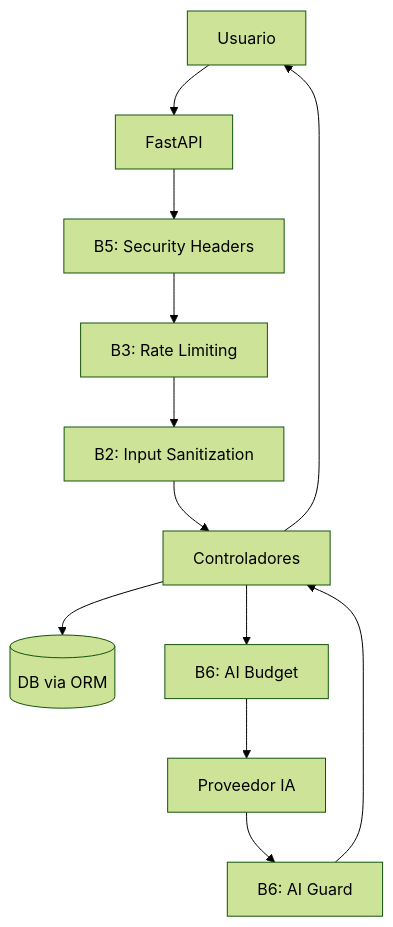
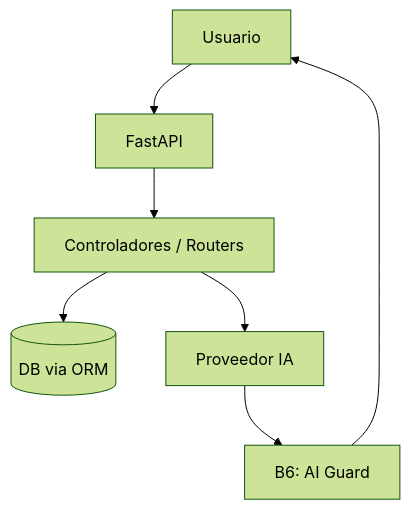
Before and after one commit to Josemgu/bitacora: the diagram in README.md, drawn with Mermaid (forest theme). The commit also changed other lines of this file and 3 other files, not shown here.

````diff
--- a/README.md
+++ b/README.md
@@ -23,14 +53,9 @@
 ```mermaid
 graph TD
-		U[Usuario] --> G[FastAPI]
-		G --> H[B5: Security Headers]
-		H --> R[B3: Rate Limiting]
-		R --> I[B2: Input Sanitization]
-		I --> C[Controladores]
-		C --> D[(DB via ORM)]
-		C --> BUD[B6: AI Budget]
-		BUD --> LLM[Proveedor IA]
-		LLM --> GUARD[B6: AI Guard]
-		GUARD --> C
-		C --> U
+    U[Usuario] --> G[FastAPI]
+    G --> I[Controladores / Routers]
+    I --> D[(DB via ORM)]
+    I --> LLM[Proveedor IA]
+    LLM --> GUARD[B6: AI Guard]
+    GUARD --> U
 ```
````
